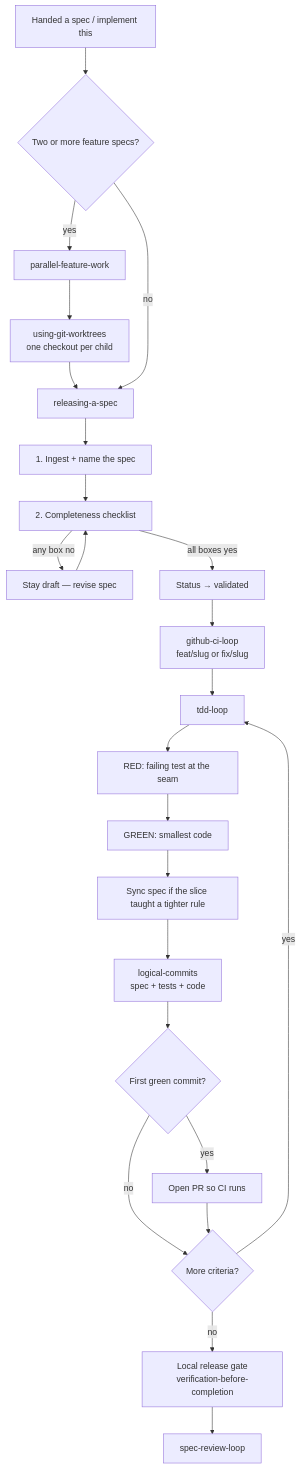
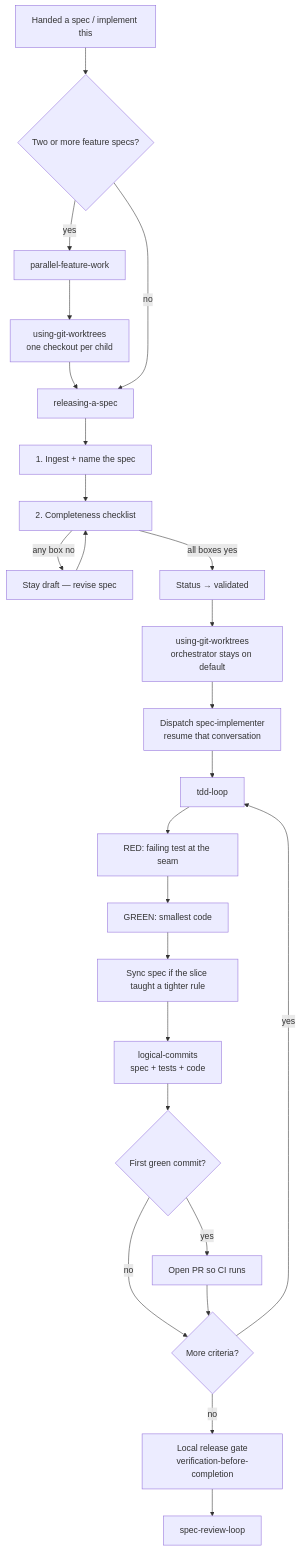
The first of 4 diagrams in README.md (lonnylot/spec-loop), drawn with Mermaid before and after one commit. The commit also changed other lines of this file and 13 other files, not shown here.

First line of the commit message:
docs: orchestrator dispatches implementer, reviewer, release-manager

````diff
--- a/README.md
+++ b/README.md
@@ -58,28 +58,29 @@
 ```mermaid
 flowchart TD
   START["Handed a spec / implement this"] --> PARALLEL{"Two or more feature specs?"}
   PARALLEL -->|yes| PFW["parallel-feature-work"]
   PFW --> WT["using-git-worktrees<br/>one checkout per child"]
   WT --> RAS
   PARALLEL -->|no| RAS["releasing-a-spec"]
 
   RAS --> INGEST["1. Ingest + name the spec"]
   INGEST --> COMPLETE["2. Completeness checklist"]
   COMPLETE -->|any box no| DRAFT["Stay draft — revise spec"]
   DRAFT --> COMPLETE
   COMPLETE -->|all boxes yes| VALID["Status → validated"]
 
-  VALID --> BRANCH["github-ci-loop<br/>feat/slug or fix/slug"]
-  BRANCH --> SLICE["tdd-loop"]
+  VALID --> WT1["using-git-worktrees<br/>orchestrator stays on default"]
+  WT1 --> IMP["Dispatch spec-implementer<br/>resume that conversation"]
+  IMP --> SLICE["tdd-loop"]
   SLICE --> RED["RED: failing test at the seam"]
   RED --> GREEN["GREEN: smallest code"]
   GREEN --> SYNC["Sync spec if the slice taught a tighter rule"]
   SYNC --> COMMIT["logical-commits<br/>spec + tests + code"]
   COMMIT --> FIRST{"First green commit?"}
   FIRST -->|yes| PR["Open PR so CI runs"]
   FIRST -->|no| MORE{"More criteria?"}
   PR --> MORE
   MORE -->|yes| SLICE
   MORE -->|no| GATE["Local release gate<br/>verification-before-completion"]
   GATE --> REVIEW["spec-review-loop"]
 ```
````
